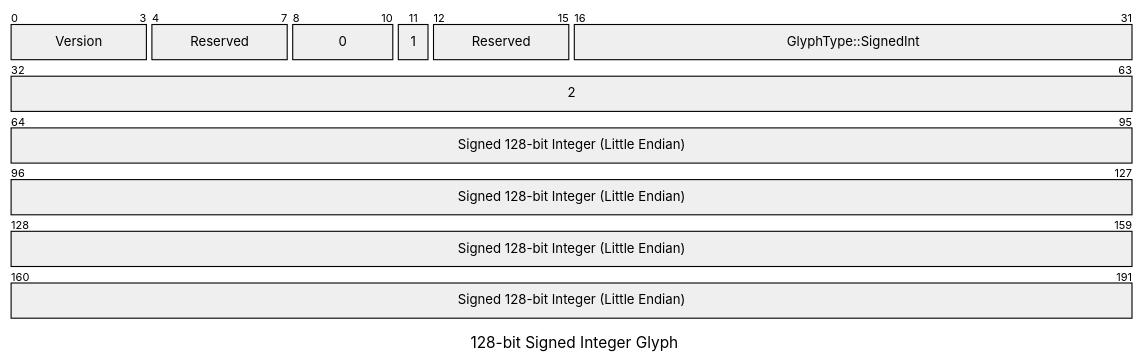
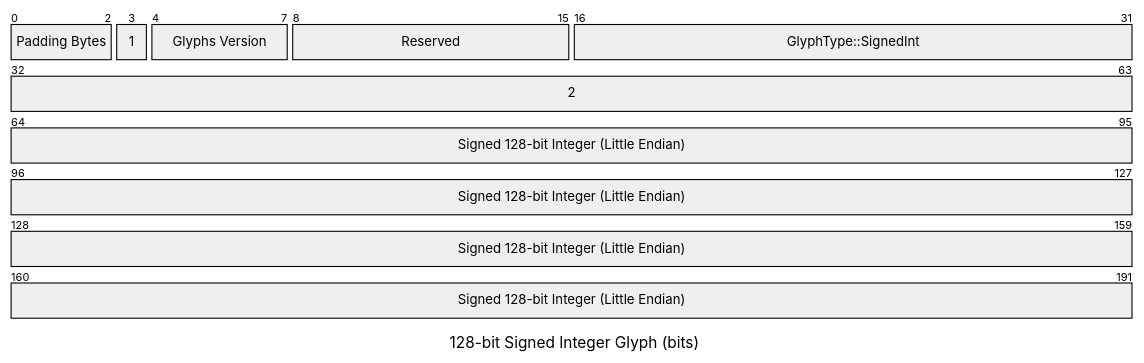
One commit to elara-themica/glifs-contributor-guide changed the sixth of 15 diagrams in src/binary_formats.md. Above: the diagram before and after it, drawn with Mermaid (neutral theme). The commit also changed other lines of this file, not shown here.

````diff
--- a/src/binary_formats.md
+++ b/src/binary_formats.md
@@ -164,14 +159,13 @@
 ```mermaid
 ---
-title: "128-bit Signed Integer Glyph"
+title: "128-bit Signed Integer Glyph (bits)"
 ---
 packet-beta
-0-3: "Version"
-4-7: "Reserved"
-8-10: "0"
-11: "1"
-12-15: "Reserved"
+0-2: "Padding Bytes"
+3: "1"
+4-7: "Glyphs Version"
+8-15: "Reserved"
 16-31: "GlyphType::SignedInt"
 32-63: "2"
 64-191: "Signed 128-bit Integer (Little Endian)"
 ```
````
